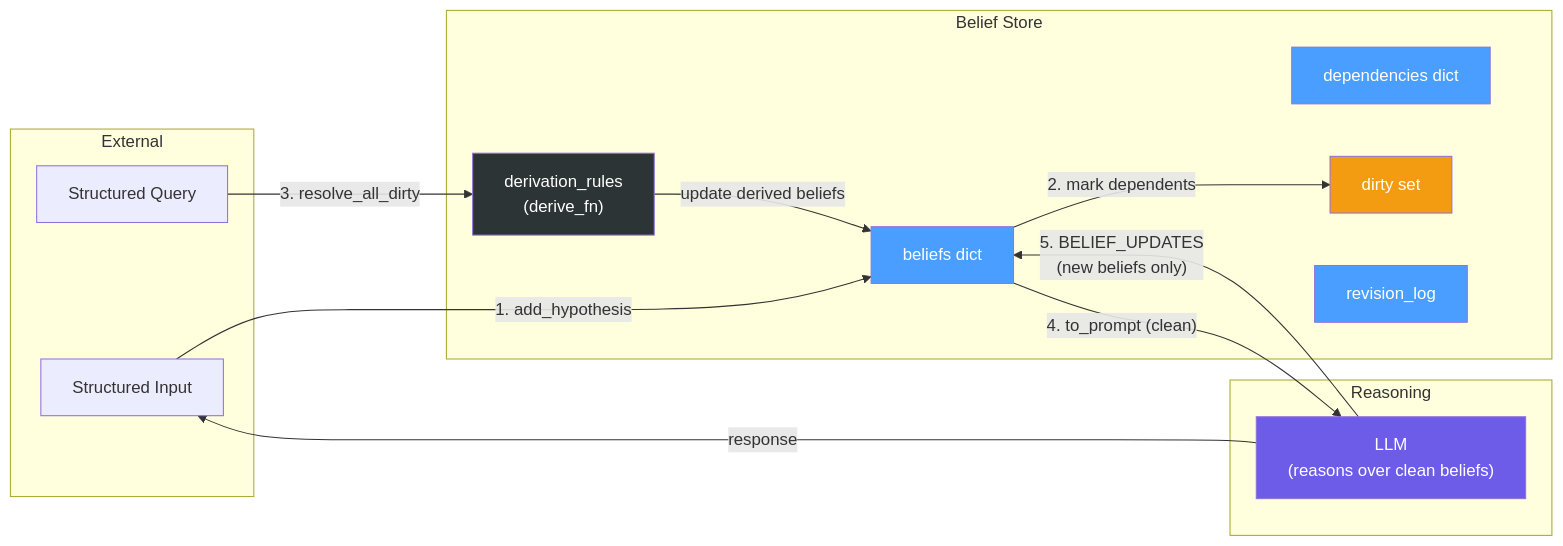
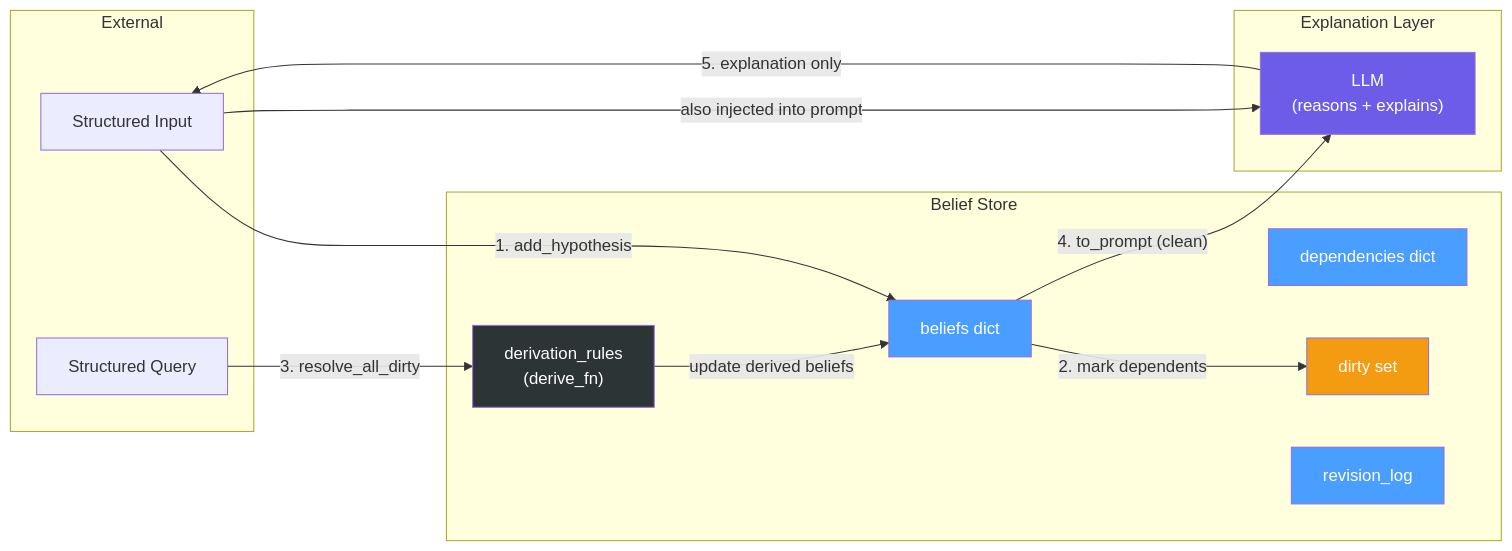
Before and after one commit to sultann-301/Belief-Aware-LLMs: the first of 5 diagrams in Final Agreed Implementation.md, drawn with Mermaid. The commit also changed other lines of this file, not shown here.

````diff
--- a/Final Agreed Implementation.md
+++ b/Final Agreed Implementation.md
@@ -9,34 +9,34 @@
 ```mermaid
 graph LR
     subgraph "External"
         USER["Structured Input"]
         QUERY["Structured Query"]
     end
 
     subgraph "Belief Store"
         BELIEFS["beliefs dict"]
         DEPS["dependencies dict"]
         RULES["derivation_rules<br/>(derive_fn)"]
         DIRTY["dirty set"]
         LOG["revision_log"]
     end
 
-    subgraph "Reasoning"
-        LLM["LLM<br/>(reasons over clean beliefs)"]
+    subgraph "Explanation Layer"
+        LLM["LLM<br/>(reasons + explains)"]
     end
 
     USER -->|"1. add_hypothesis"| BELIEFS
+    USER -->|"also injected into prompt"| LLM
     BELIEFS -->|"2. mark dependents"| DIRTY
     QUERY -->|"3. resolve_all_dirty"| RULES
     RULES -->|"update derived beliefs"| BELIEFS
     BELIEFS -->|"4. to_prompt (clean)"| LLM
-    LLM -->|"5. BELIEF_UPDATES<br/>(new beliefs only)"| BELIEFS
-    LLM -->|"response"| USER
+    LLM -->|"5. explanation only"| USER
 
     style BELIEFS fill:#4a9eff,color:#fff
     style DEPS fill:#4a9eff,color:#fff
     style RULES fill:#2d3436,color:#fff
     style DIRTY fill:#f39c12,color:#fff
     style LOG fill:#4a9eff,color:#fff
     style LLM fill:#6c5ce7,color:#fff
 ```
````
